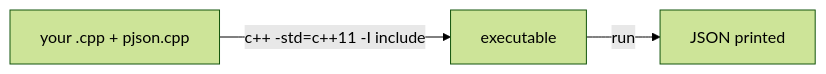
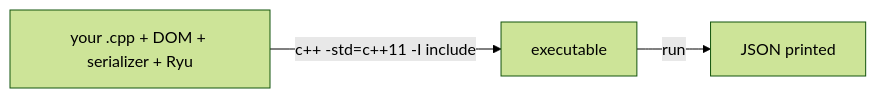
One commit to Pico-Developer/pjson changed the diagram in docs/01-getting-started.md. Above: the diagram before and after it, drawn with Mermaid (forest theme). The commit also changed other lines of this file and 161 other files, not shown here.

````diff
--- a/docs/01-getting-started.md
+++ b/docs/01-getting-started.md
@@ -82,5 +88,5 @@
 ```mermaid
 flowchart LR
-    src["your .cpp + pjson.cpp"] -->|"c++ -std=c++11 -I include"| exe["executable"]
+    src["your .cpp + DOM + serializer + Ryu"] -->|"c++ -std=c++11 -I include"| exe["executable"]
     exe -->|run| out["JSON printed"]
 ```
````
